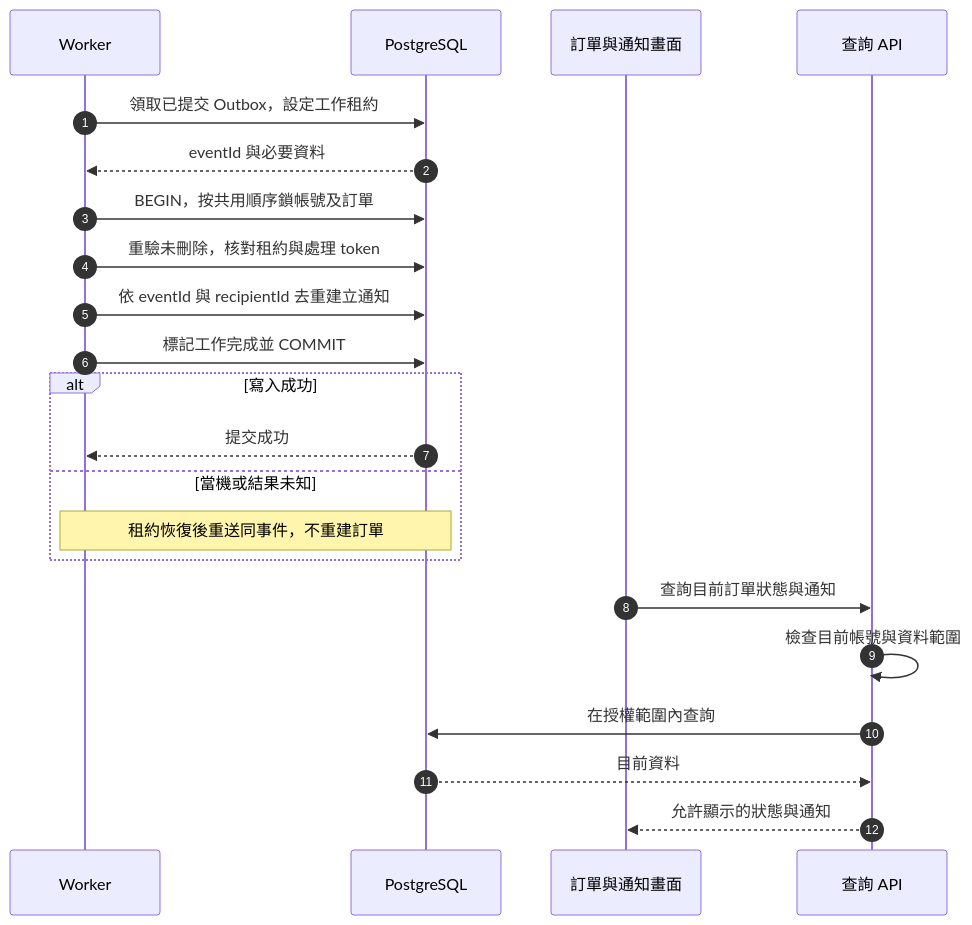
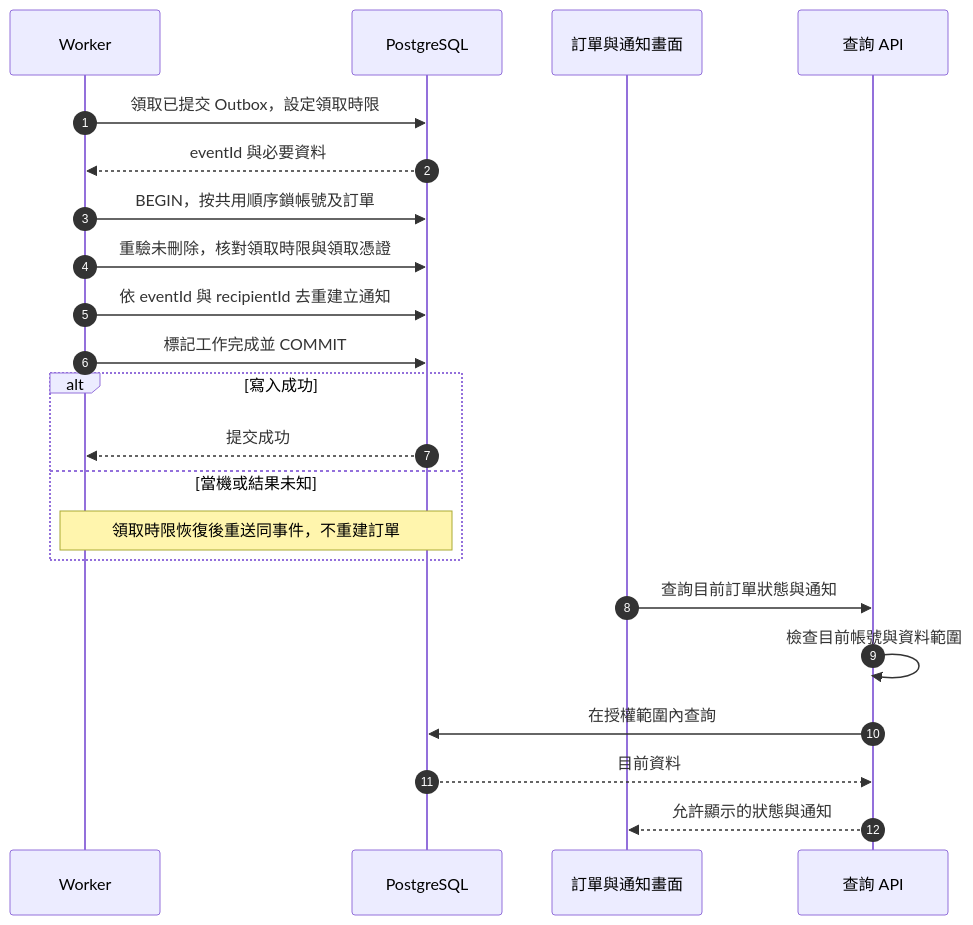
Before and after one commit to Himegragi/CampusRestaurantSystem: the diagram in docs/SAD/07_通知與工作台_Notifications.md, drawn with Mermaid. The commit also changed other lines of this file and 21 other files, not shown here.

````diff
--- a/docs/SAD/07_通知與工作台_Notifications.md
+++ b/docs/SAD/07_通知與工作台_Notifications.md
@@ -30,24 +30,24 @@
 ```mermaid
 sequenceDiagram
   autonumber
   participant Worker as Worker
   participant DB as PostgreSQL
   participant UI as 訂單與通知畫面
   participant API as 查詢 API
-  Worker->>DB: 領取已提交 Outbox，設定工作租約
+  Worker->>DB: 領取已提交 Outbox，設定領取時限
   DB-->>Worker: eventId 與必要資料
   Worker->>DB: BEGIN，按共用順序鎖帳號及訂單
-  Worker->>DB: 重驗未刪除，核對租約與處理 token
+  Worker->>DB: 重驗未刪除，核對領取時限與領取憑證
   Worker->>DB: 依 eventId 與 recipientId 去重建立通知
   Worker->>DB: 標記工作完成並 COMMIT
   alt 寫入成功
     DB-->>Worker: 提交成功
   else 當機或結果未知
-    Note over Worker,DB: 租約恢復後重送同事件，不重建訂單
+    Note over Worker,DB: 領取時限恢復後重送同事件，不重建訂單
   end
   UI->>API: 查詢目前訂單狀態與通知
   API->>API: 檢查目前帳號與資料範圍
   API->>DB: 在授權範圍內查詢
   DB-->>API: 目前資料
   API-->>UI: 允許顯示的狀態與通知
 ```
````
